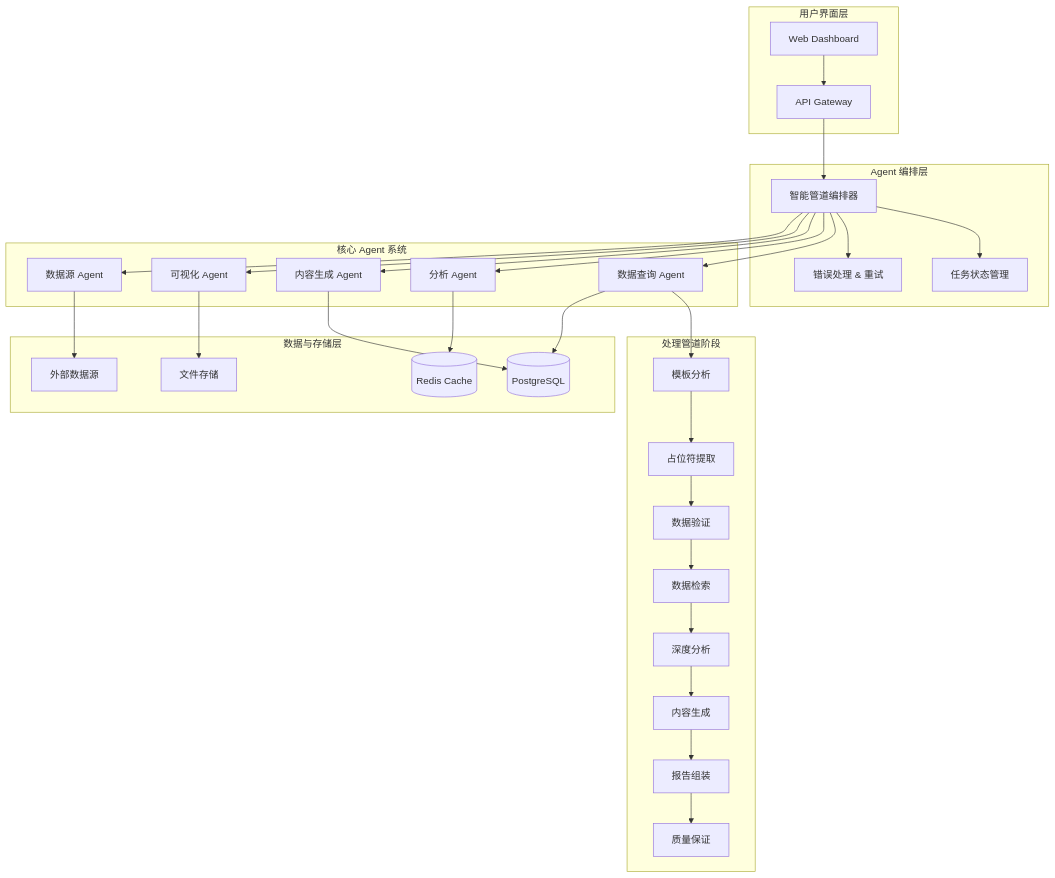
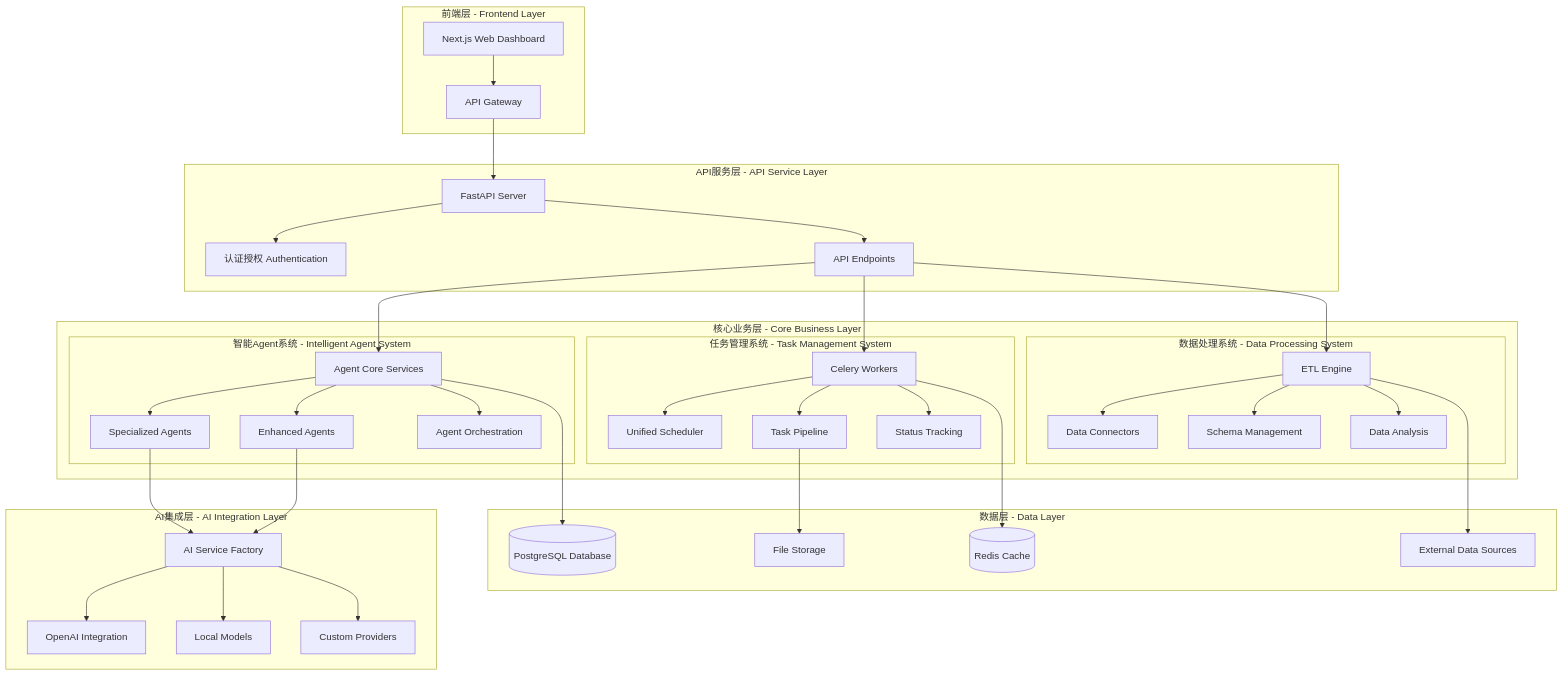
The diagram in README.md (kongusen/AutoReportAI), drawn with Mermaid before and after one commit. The commit also changed other lines of this file and 43 other files, not shown here.

````diff
--- a/README.md
+++ b/README.md
@@ -110,65 +112,82 @@
 ```mermaid
-graph TD
-    subgraph "用户界面层"
-        A[Web Dashboard]
-        B[API Gateway]
+graph TB
+    subgraph "前端层 - Frontend Layer"
+        WEB[Next.js Web Dashboard]
+        API_GW[API Gateway]
     end
 
-    subgraph "Agent 编排层"
-        C[智能管道编排器]
-        D[任务状态管理]
-        E[错误处理 & 重试]
+    subgraph "API服务层 - API Service Layer"
+        FASTAPI[FastAPI Server]
+        AUTH[认证授权 Authentication]
+        ENDPOINTS[API Endpoints]
     end
 
-    subgraph "核心 Agent 系统"
-        F[数据查询 Agent]
-        G[分析 Agent] 
-        H[内容生成 Agent]
-        I[可视化 Agent]
-        J[数据源 Agent]
+    subgraph "核心业务层 - Core Business Layer"
+        subgraph "智能Agent系统 - Intelligent Agent System"
+            AGENT_CORE[Agent Core Services]
+            SPECIALIZED[Specialized Agents]
+            ENHANCED[Enhanced Agents] 
+            ORCHESTRATION[Agent Orchestration]
+        end
+        
+        subgraph "任务管理系统 - Task Management System"
+            CELERY[Celery Workers]
+            SCHEDULER[Unified Scheduler]
+            PIPELINE[Task Pipeline]
+            STATUS[Status Tracking]
+        end
+        
+        subgraph "数据处理系统 - Data Processing System"
+            ETL[ETL Engine]
+            CONNECTORS[Data Connectors]
+            SCHEMA[Schema Management]
+            ANALYSIS[Data Analysis]
+        end
     end
 
-    subgraph "处理管道阶段"
-        K[模板分析]
-        L[占位符提取]
-        M[数据验证]
-        N[数据检索]
-        O[深度分析]
-        P[内容生成]
-        Q[报告组装]
-        R[质量保证]
+    subgraph "AI集成层 - AI Integration Layer"
+        AI_SERVICE[AI Service Factory]
+        OPENAI[OpenAI Integration]
+        LOCAL[Local Models]
+        CUSTOM[Custom Providers]
     end
 
-    subgraph "数据与存储层"
-        S[(PostgreSQL)]
-        T[(Redis Cache)]
-        U[外部数据源]
-        V[文件存储]
+    subgraph "数据层 - Data Layer"
+        POSTGRES[(PostgreSQL Database)]
+        REDIS[(Redis Cache)]
+        FILES[File Storage]
+        EXTERNAL[External Data Sources]
     end
 
-    A --> B
-    B --> C
-    C --> D
-    C --> E
+    WEB --> API_GW
+    API_GW --> FASTAPI
+    FASTAPI --> AUTH
+    FASTAPI --> ENDPOINTS
     
-    C --> F
-    C --> G
-    C --> H
-    C --> I
-    C --> J
+    ENDPOINTS --> AGENT_CORE
+    ENDPOINTS --> CELERY
+    ENDPOINTS --> ETL
     
-    F --> K
-    K --> L
-    L --> M
-    M --> N
-    N --> O
-    O --> P
-    P --> Q
-    Q --> R
+    AGENT_CORE --> SPECIALIZED
+    AGENT_CORE --> ENHANCED
+    AGENT_CORE --> ORCHESTRATION
     
-    F --> S
-    G --> T
-    H --> S
-    I --> V
-    J --> U
+    CELERY --> SCHEDULER
+    CELERY --> PIPELINE
+    CELERY --> STATUS
+    
+    ETL --> CONNECTORS
+    ETL --> SCHEMA
+    ETL --> ANALYSIS
+    
+    SPECIALIZED --> AI_SERVICE
+    ENHANCED --> AI_SERVICE
+    AI_SERVICE --> OPENAI
+    AI_SERVICE --> LOCAL
+    AI_SERVICE --> CUSTOM
+    
+    AGENT_CORE --> POSTGRES
+    CELERY --> REDIS
+    ETL --> EXTERNAL
+    PIPELINE --> FILES
 ```
````
